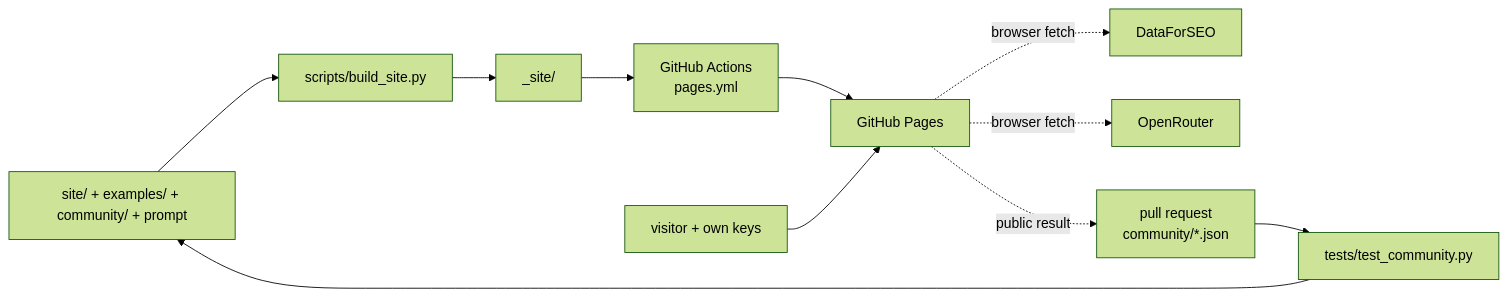
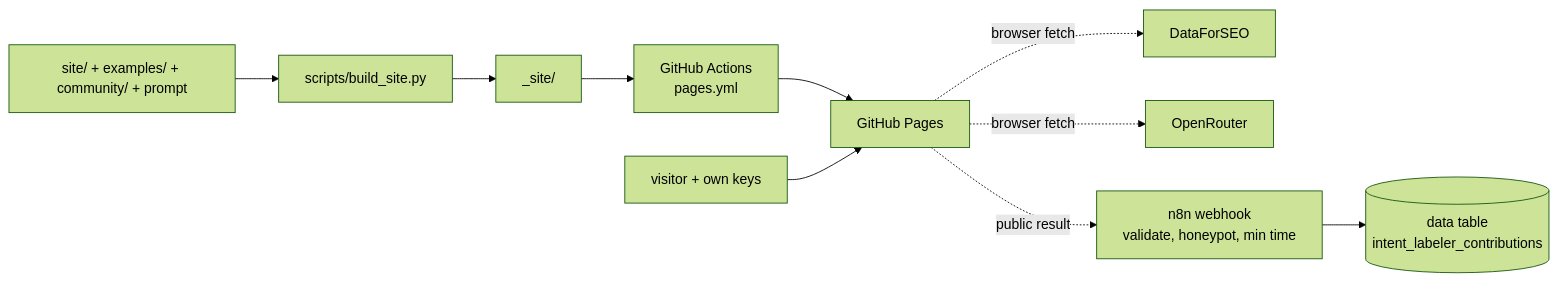
Before and after one commit to romek-rozen/intent-labeler: the diagram in site/README.md, drawn with Mermaid (forest theme). The commit also changed other lines of this file and 11 other files, not shown here.

````diff
--- a/site/README.md
+++ b/site/README.md
@@ -38,13 +39,12 @@
 ```mermaid
 flowchart LR
     SRC[site/ + examples/ + community/ + prompt] --> B[scripts/build_site.py]
     B --> OUT[_site/]
     OUT --> GA[GitHub Actions<br/>pages.yml]
     GA --> GP[GitHub Pages]
     V[visitor + own keys] --> GP
     GP -. browser fetch .-> DFS[DataForSEO]
     GP -. browser fetch .-> OR[OpenRouter]
-    GP -. public result .-> PR[pull request<br/>community/*.json]
-    PR --> CI[tests/test_community.py]
-    CI --> SRC
+    GP -. public result .-> N8N[n8n webhook<br/>validate, honeypot, min time]
+    N8N --> DT[(data table<br/>intent_labeler_contributions)]
 ```
````
